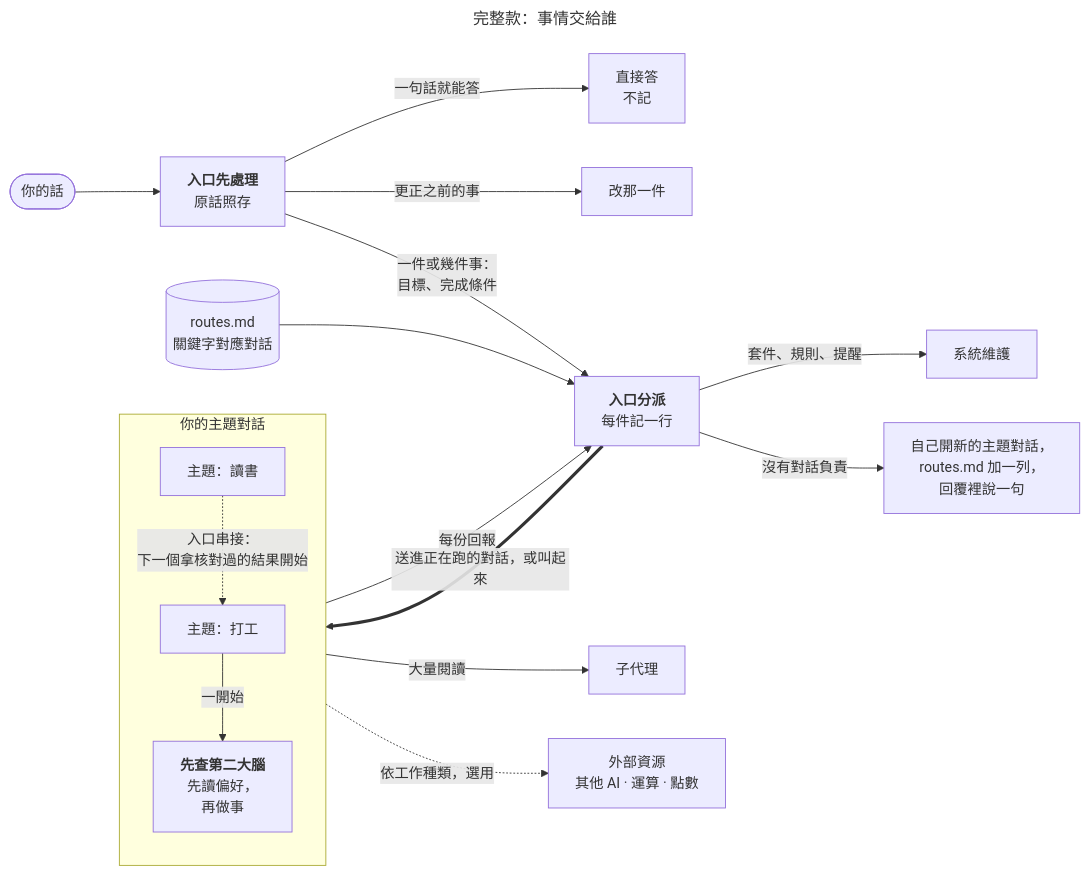
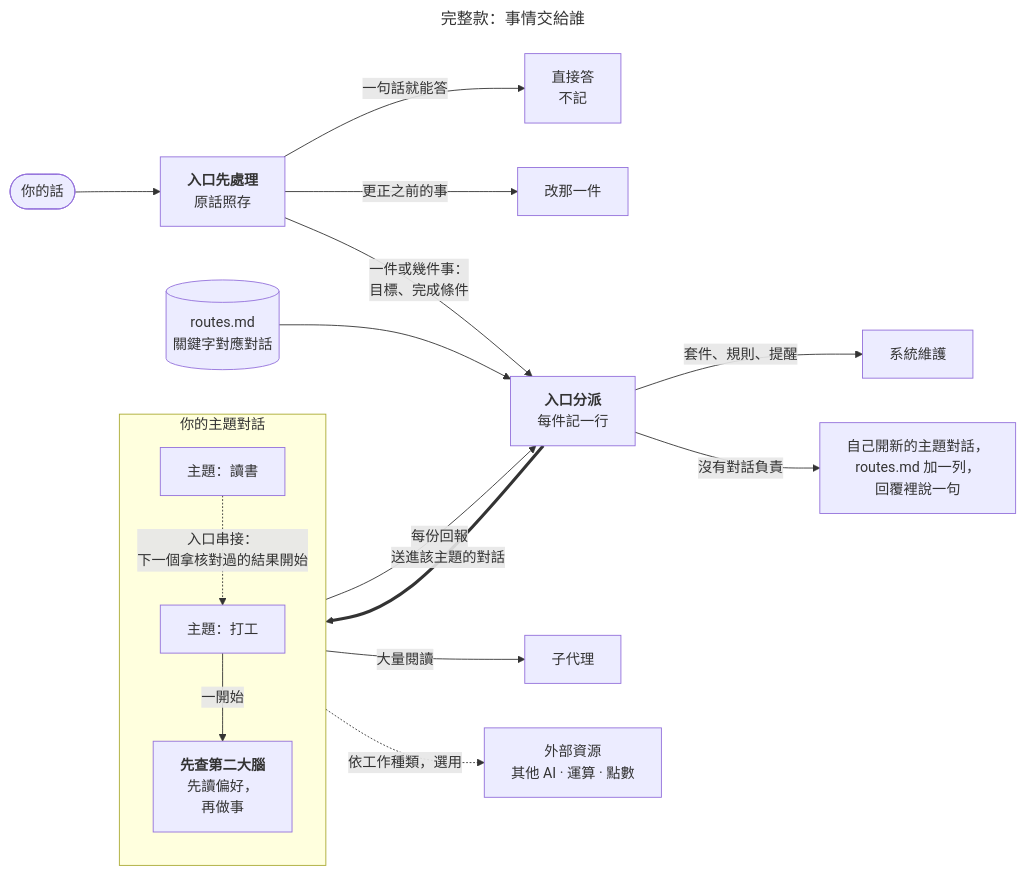
The third of 6 diagrams in docs/zh-TW/進階功能.md (0Smallcat0/second-brain-kit), drawn with Mermaid before and after one commit. The commit also changed other lines of this file and 47 other files, not shown here.

````diff
--- a/docs/zh-TW/進階功能.md
+++ b/docs/zh-TW/進階功能.md
@@ -161,21 +161,21 @@
 ```mermaid
 ---
 title: "完整款：事情交給誰"
 ---
 flowchart LR
   R(["你的話"]) --> P["<b>入口先處理</b><br/>原話照存"]
   P -->|一句話就能答| Q["直接答<br/>不記"]
   P -->|更正之前的事| U["改那一件"]
   P -->|"一件或幾件事：<br/>目標、完成條件"| E["<b>入口分派</b><br/>每件記一行"]
   T[("routes.md<br/>關鍵字對應對話")] --> E
   E -->|套件、規則、提醒| M["系統維護"]
   E -->|沒有對話負責| NT["自己開新的主題對話，<br/>routes.md 加一列，<br/>回覆裡說一句"]
-  E ==>|送進正在跑的對話，或叫起來| Topics
+  E ==>|送進該主題的對話| Topics
   subgraph Topics["你的主題對話"]
     TA["主題：讀書"] -.->|"入口串接：<br/>下一個拿核對過的結果開始"| TB["主題：打工"]
     TB -->|一開始| CK["<b>先查第二大腦</b><br/>先讀偏好，<br/>再做事"]
   end
   Topics -->|每份回報| E
   Topics -->|大量閱讀| S["子代理"]
   Topics -.->|依工作種類，選用| W["外部資源<br/>其他 AI · 運算 · 點數"]
 ```
````
